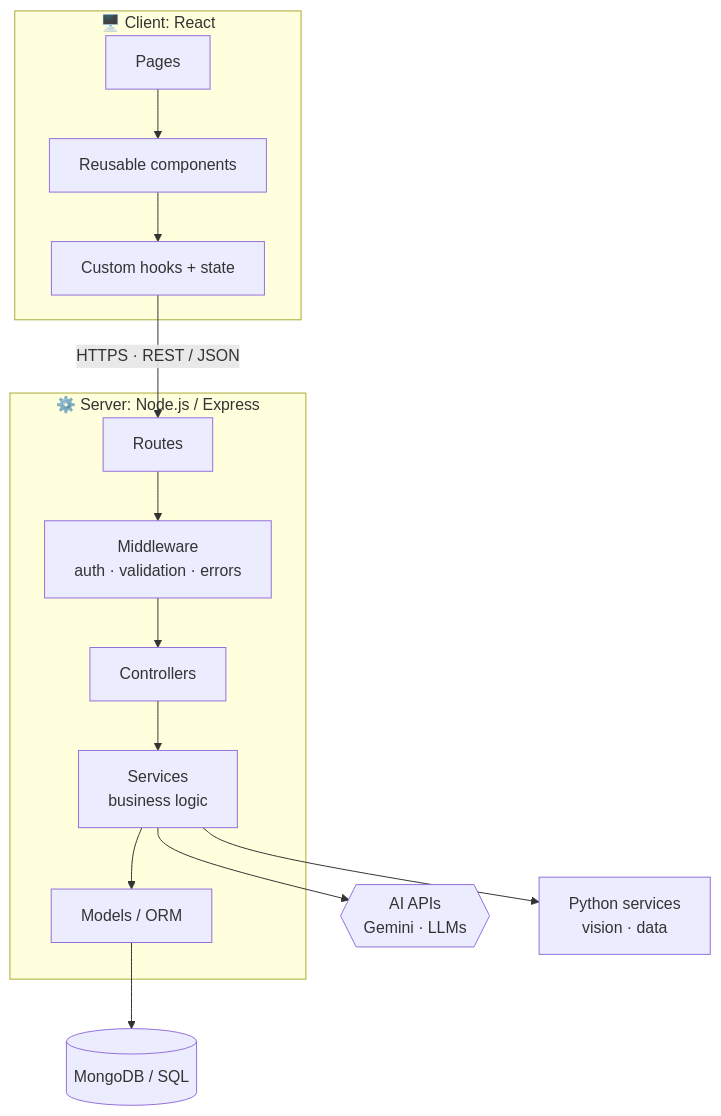
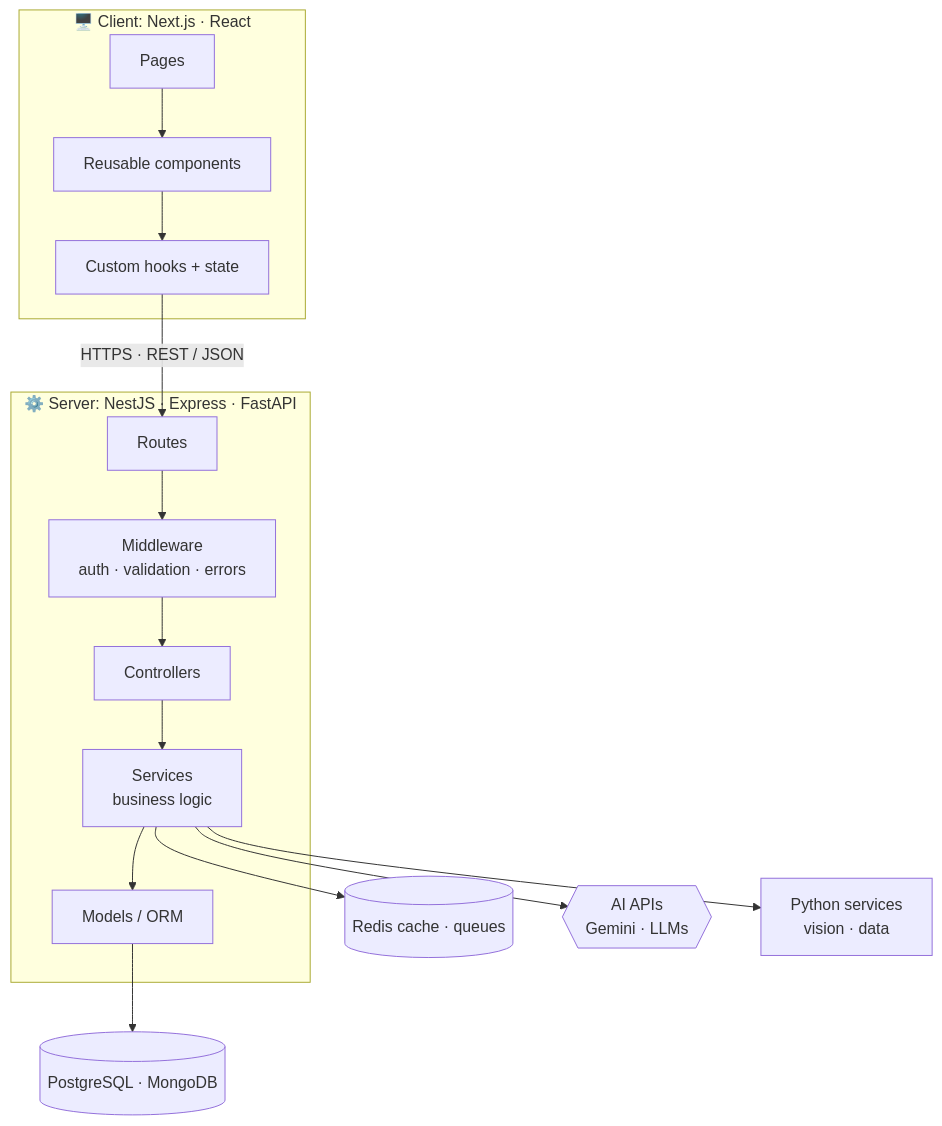
Before and after one commit to shivanjali24-03/shivanjali24-03: the second of 3 diagrams in README.md, drawn with Mermaid. The commit also changed other lines of this file and 1 other file, not shown here.

````diff
--- a/README.md
+++ b/README.md
@@ -145,17 +159,18 @@
 ```mermaid
 flowchart TB
-    subgraph Client["🖥️ Client: React"]
+    subgraph Client["🖥️ Client: Next.js · React"]
         P[Pages] --> C[Reusable components]
         C --> H[Custom hooks + state]
     end
-    subgraph Server["⚙️ Server: Node.js / Express"]
+    subgraph Server["⚙️ Server: NestJS · Express · FastAPI"]
         R[Routes] --> M[Middleware<br/>auth · validation · errors]
         M --> CT[Controllers]
         CT --> S[Services<br/>business logic]
         S --> MD[Models / ORM]
     end
     H -- "HTTPS · REST / JSON" --> R
-    MD --> DB[(MongoDB / SQL)]
+    MD --> DB[(PostgreSQL · MongoDB)]
+    S --> RC[(Redis cache · queues)]
     S --> AI{{AI APIs<br/>Gemini · LLMs}}
     S --> PY[Python services<br/>vision · data]
 ```
````
